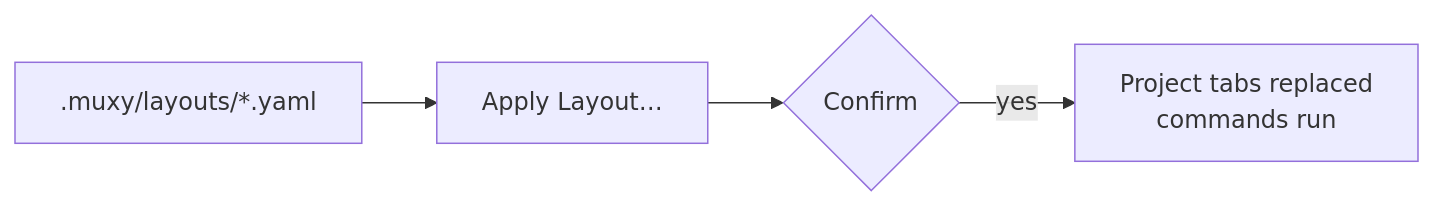
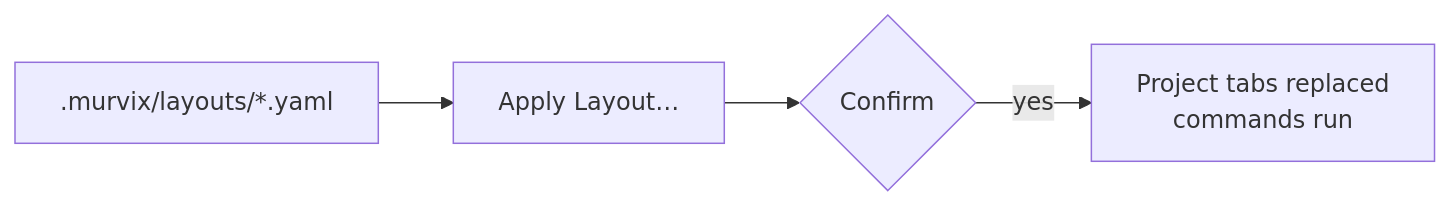
Before and after one commit to teomurgi/murvix: the diagram in docs/layouts/overview.md, drawn with Mermaid. The commit also changed other lines of this file and 214 other files, not shown here.

````diff
--- a/docs/layouts/overview.md
+++ b/docs/layouts/overview.md
@@ -7,6 +7,6 @@
 ```mermaid
 flowchart LR
-    FILES[".muxy/layouts/*.yaml"] --> PICK["Apply Layout…"]
+    FILES[".murvix/layouts/*.yaml"] --> PICK["Apply Layout…"]
     PICK --> CONFIRM{"Confirm"}
     CONFIRM -->|"yes"| TABS["Project tabs replaced<br/>commands run"]
 ```
````
